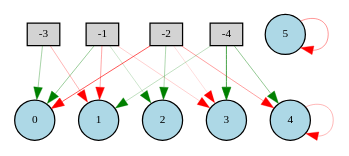
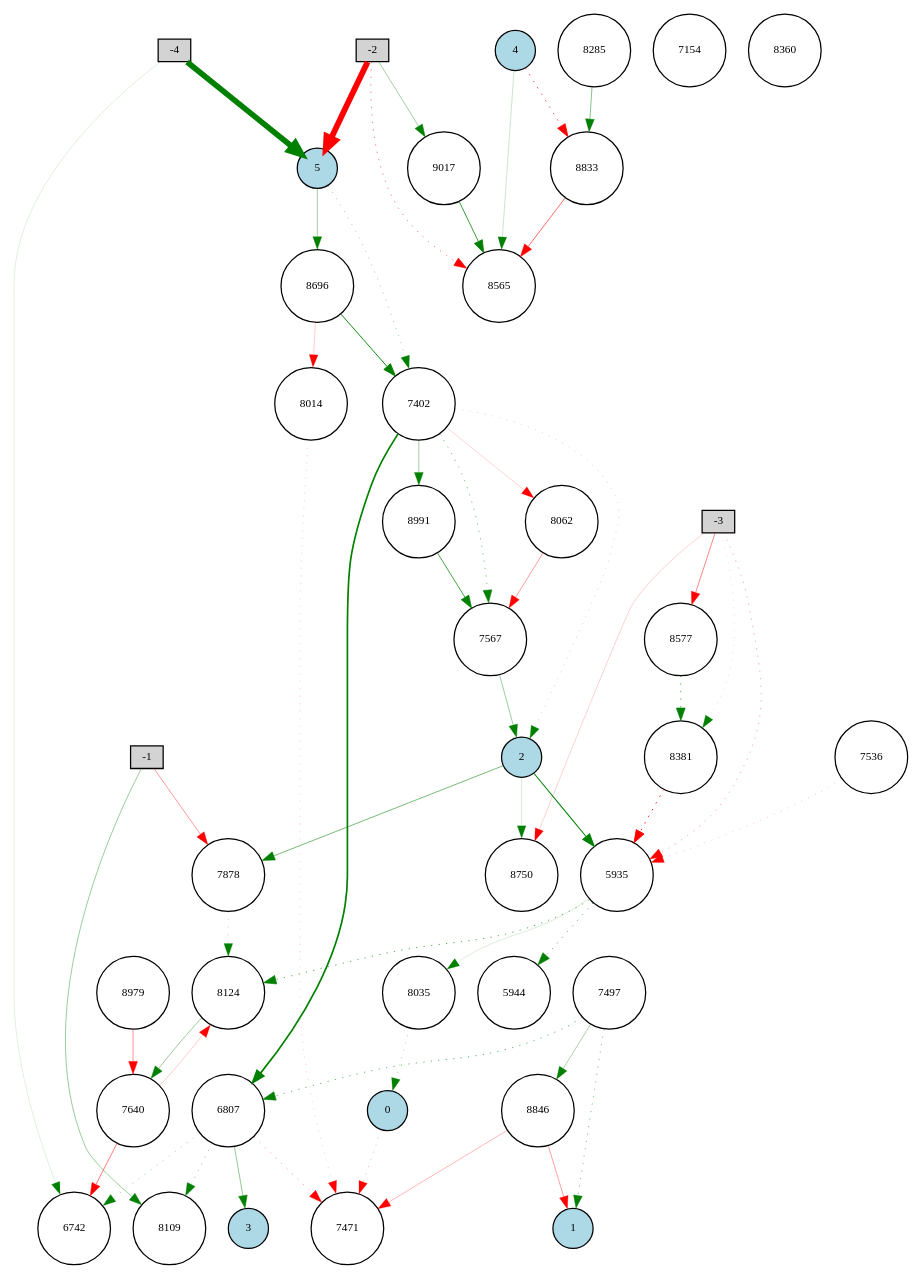
One commit to lucasvillatore/neat-atari-games changed the diagram in src/Digraph.gv. Above: the diagram before and after it, drawn with Graphviz. The commit also changed 4 other files, not shown here.

```diff
--- a/src/Digraph.gv
+++ b/src/Digraph.gv
@@ -1,28 +1,96 @@
 digraph {
 	node [fontsize=9 height=0.2 shape=circle width=0.2]
 	-1 [fillcolor=lightgray shape=box style=filled]
 	-2 [fillcolor=lightgray shape=box style=filled]
 	-3 [fillcolor=lightgray shape=box style=filled]
 	-4 [fillcolor=lightgray shape=box style=filled]
 	0 [fillcolor=lightblue style=filled]
 	1 [fillcolor=lightblue style=filled]
 	2 [fillcolor=lightblue style=filled]
 	3 [fillcolor=lightblue style=filled]
 	4 [fillcolor=lightblue style=filled]
 	5 [fillcolor=lightblue style=filled]
-	-2 -> 0 [color=red penwidth=0.5316603239112025 style=solid]
-	-1 -> 1 [color=red penwidth=0.2763391807543052 style=solid]
-	-1 -> 0 [color=green penwidth=0.32387296015464084 style=solid]
-	-1 -> 3 [color=red penwidth=0.14643076429968194 style=solid]
-	-4 -> 3 [color=green penwidth=0.5810606508859106 style=solid]
-	-2 -> 3 [color=red penwidth=0.11021370236237785 style=solid]
-	-1 -> 2 [color=green penwidth=0.15755093027033323 style=solid]
-	-2 -> 4 [color=red penwidth=0.30081200987681334 style=solid]
-	4 -> 4 [color=red penwidth=0.22861992465914407 style=solid]
-	-2 -> 2 [color=green penwidth=0.2529992151481565 style=solid]
-	-4 -> 4 [color=green penwidth=0.3445045158084248 style=solid]
-	5 -> 5 [color=red penwidth=0.33007877457255136 style=solid]
-	-4 -> 1 [color=green penwidth=0.20443569269341721 style=solid]
-	-3 -> 0 [color=green penwidth=0.2751842755464245 style=solid]
-	-3 -> 1 [color=red penwidth=0.24322646857653193 style=solid]
+	5935 [fillcolor=white style=filled]
+	5944 [fillcolor=white style=filled]
+	6742 [fillcolor=white style=filled]
+	6807 [fillcolor=white style=filled]
+	7154 [fillcolor=white style=filled]
+	7402 [fillcolor=white style=filled]
+	7471 [fillcolor=white style=filled]
+	7497 [fillcolor=white style=filled]
+	7536 [fillcolor=white style=filled]
+	7567 [fillcolor=white style=filled]
+	7640 [fillcolor=white style=filled]
+	7878 [fillcolor=white style=filled]
+	8014 [fillcolor=white style=filled]
+	8035 [fillcolor=white style=filled]
+	8062 [fillcolor=white style=filled]
+	8109 [fillcolor=white style=filled]
+	8124 [fillcolor=white style=filled]
+	8285 [fillcolor=white style=filled]
+	8360 [fillcolor=white style=filled]
+	8381 [fillcolor=white style=filled]
+	8565 [fillcolor=white style=filled]
+	8577 [fillcolor=white style=filled]
+	8696 [fillcolor=white style=filled]
+	8750 [fillcolor=white style=filled]
+	8833 [fillcolor=white style=filled]
+	8846 [fillcolor=white style=filled]
+	8979 [fillcolor=white style=filled]
+	8991 [fillcolor=white style=filled]
+	9017 [fillcolor=white style=filled]
+	-2 -> 5 [color=red penwidth=4.652190479809451 style=solid]
+	-4 -> 5 [color=green penwidth=4.557556878885004 style=solid]
+	-3 -> 5935 [color=red penwidth=0.2762039462483944 style=dotted]
+	6807 -> 7471 [color=red penwidth=0.30365823356750643 style=dotted]
+	7497 -> 6807 [color=green penwidth=0.46837109539238997 style=dotted]
+	7536 -> 5935 [color=red penwidth=0.15593574106534608 style=dotted]
+	7402 -> 7567 [color=green penwidth=0.3997158274898337 style=dotted]
+	7567 -> 2 [color=green penwidth=0.3131679641736385 style=solid]
+	7402 -> 2 [color=green penwidth=0.1614591516591992 style=dotted]
+	8014 -> 7471 [color=red penwidth=0.1512641325159294 style=dotted]
+	6807 -> 3 [color=green penwidth=0.3402833714322303 style=solid]
+	5935 -> 8035 [color=green penwidth=0.11514342921550474 style=solid]
+	7402 -> 8062 [color=red penwidth=0.1430028388538629 style=solid]
+	8062 -> 7567 [color=red penwidth=0.3078126895054396 style=solid]
+	6807 -> 8109 [color=green penwidth=0.3246087171379377 style=dotted]
+	7640 -> 8124 [color=red penwidth=0.1560921920792644 style=solid]
+	8035 -> 0 [color=green penwidth=0.2061121559525048 style=dotted]
+	-4 -> 6742 [color=green penwidth=0.10033872975182415 style=solid]
+	7878 -> 8124 [color=green penwidth=0.1757678095842931 style=dotted]
+	-3 -> 8381 [color=green penwidth=0.12122748705128397 style=dotted]
+	8381 -> 5935 [color=red penwidth=0.7900999224718103 style=dotted]
+	2 -> 7878 [color=green penwidth=0.4273232538388444 style=solid]
+	5935 -> 8124 [color=green penwidth=0.5050797200746994 style=dotted]
+	5 -> 7402 [color=green penwidth=0.2692672835477964 style=dotted]
+	7402 -> 6807 [color=green penwidth=1.3502711869496296 style=solid]
+	-1 -> 7878 [color=red penwidth=0.3177756343477279 style=solid]
+	0 -> 7471 [color=red penwidth=0.19765264137616492 style=dotted]
+	-1 -> 8109 [color=green penwidth=0.3155296492797669 style=solid]
+	7497 -> 1 [color=green penwidth=0.369323697076235 style=dotted]
+	4 -> 8565 [color=green penwidth=0.17499489594505951 style=solid]
+	-3 -> 8577 [color=red penwidth=0.3806017041690559 style=solid]
+	8577 -> 8381 [color=green penwidth=0.5254883367484015 style=dotted]
+	2 -> 5935 [color=green penwidth=0.8183259932544198 style=solid]
+	5 -> 8696 [color=green penwidth=0.29484289042855905 style=solid]
+	8696 -> 7402 [color=green penwidth=0.7420110510070806 style=solid]
+	8696 -> 8014 [color=red penwidth=0.16170248423960537 style=solid]
+	-3 -> 8750 [color=red penwidth=0.1457562079119828 style=solid]
+	8124 -> 7640 [color=green penwidth=0.324848917686995 style=solid]
+	-2 -> 8565 [color=red penwidth=0.41760817407282236 style=dotted]
+	5935 -> 5944 [color=green penwidth=0.47081084533502937 style=dotted]
+	4 -> 8833 [color=red penwidth=0.6276543997636123 style=dotted]
+	8833 -> 8565 [color=red penwidth=0.4699875013988277 style=solid]
+	8285 -> 8833 [color=green penwidth=0.3774510038281854 style=solid]
+	7497 -> 8846 [color=green penwidth=0.26953375587942463 style=solid]
+	8846 -> 1 [color=red penwidth=0.2985571371885709 style=solid]
+	6807 -> 6742 [color=green penwidth=0.2667363213955939 style=dotted]
+	7640 -> 6742 [color=red penwidth=0.424816016913643 style=solid]
+	2 -> 8750 [color=green penwidth=0.12949264184314593 style=solid]
+	8979 -> 7640 [color=red penwidth=0.33624679361437837 style=solid]
+	7402 -> 8991 [color=green penwidth=0.299433606809702 style=solid]
+	8991 -> 7567 [color=green penwidth=0.5828494513183518 style=solid]
+	8846 -> 7471 [color=red penwidth=0.23225902683629748 style=solid]
+	-2 -> 9017 [color=green penwidth=0.30000000000000004 style=solid]
+	9017 -> 8565 [color=green penwidth=0.6128105445684114 style=solid]
 }
```
